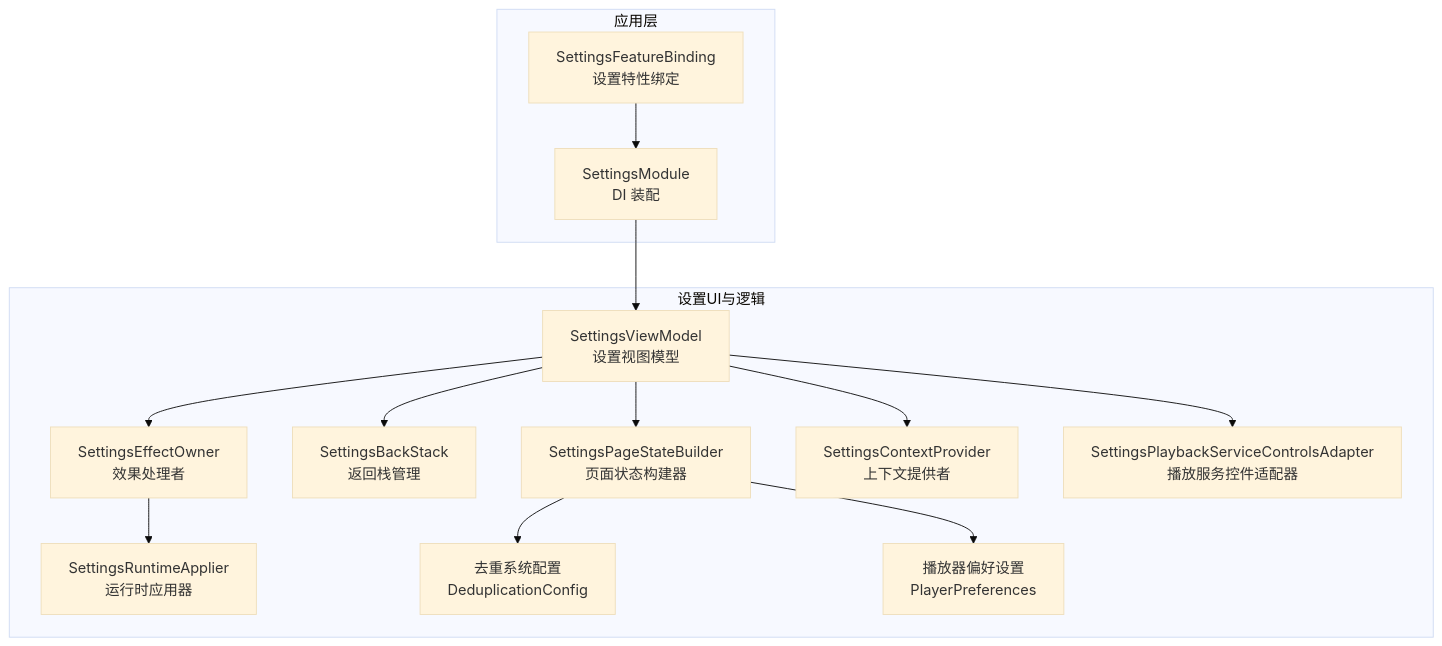
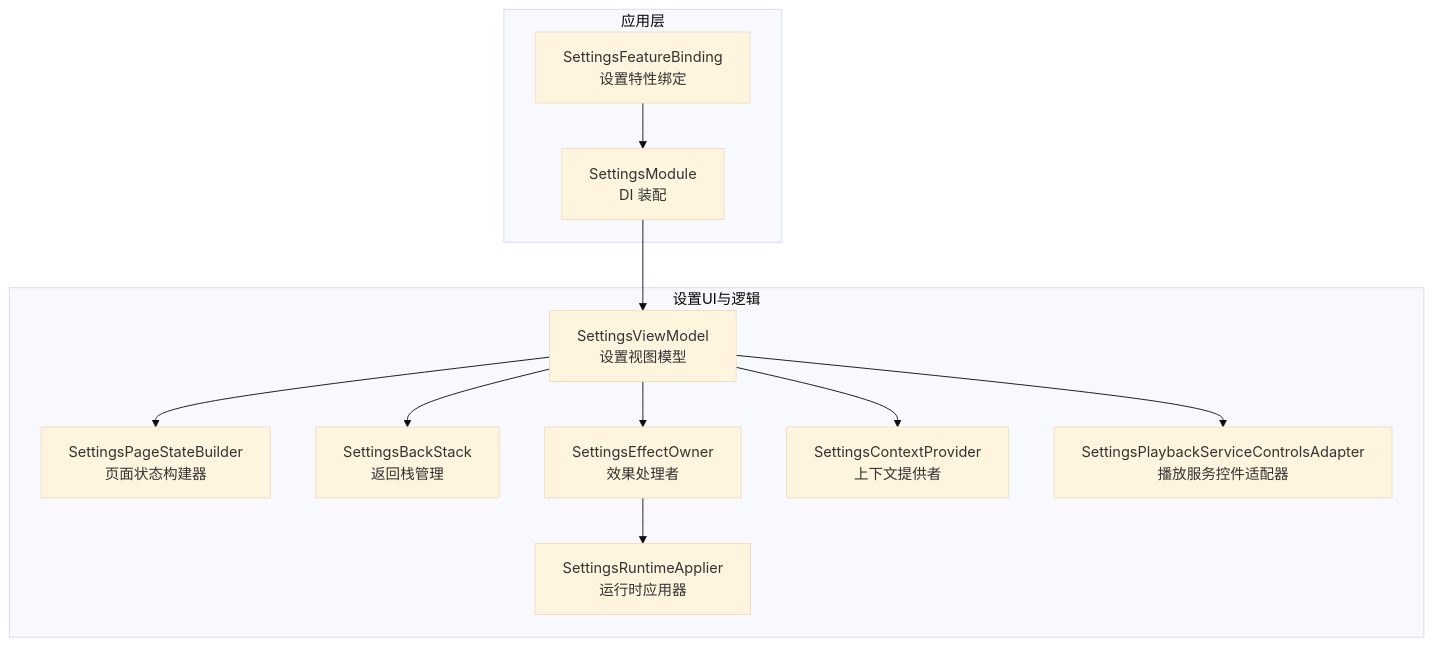
Before and after one commit to ysyhlly/Yukine-android: the first of 3 diagrams in .qoder/repowiki/zh/content/架构设计/模块化设计/功能特性模块/设置界面模块 (feature_settings-ui).md, drawn with Mermaid (base theme). The commit also changed other lines of this file and 254 other files, not shown here.

````diff
--- a/.qoder/repowiki/zh/content/架构设计/模块化设计/功能特性模块/设置界面模块 (feature_settings-ui).md
+++ b/.qoder/repowiki/zh/content/架构设计/模块化设计/功能特性模块/设置界面模块 (feature_settings-ui).md
@@ -50,28 +53,24 @@
 ```mermaid
 graph TB
 subgraph "应用层"
 A["SettingsFeatureBinding<br/>设置特性绑定"]
 B["SettingsModule<br/>DI 装配"]
 end
 subgraph "设置UI与逻辑"
 C["SettingsViewModel<br/>设置视图模型"]
 D["SettingsPageStateBuilder<br/>页面状态构建器"]
 E["SettingsBackStack<br/>返回栈管理"]
 F["SettingsEffectOwner<br/>效果处理者"]
 G["SettingsRuntimeApplier<br/>运行时应用器"]
 H["SettingsContextProvider<br/>上下文提供者"]
 I["SettingsPlaybackServiceControlsAdapter<br/>播放服务控件适配器"]
-J["去重系统配置<br/>DeduplicationConfig"]
-K["播放器偏好设置<br/>PlayerPreferences"]
 end
 A --> B
 B --> C
 C --> D
 C --> E
 C --> F
 F --> G
 C --> H
 C --> I
-D --> J
-D --> K
 ```
````
